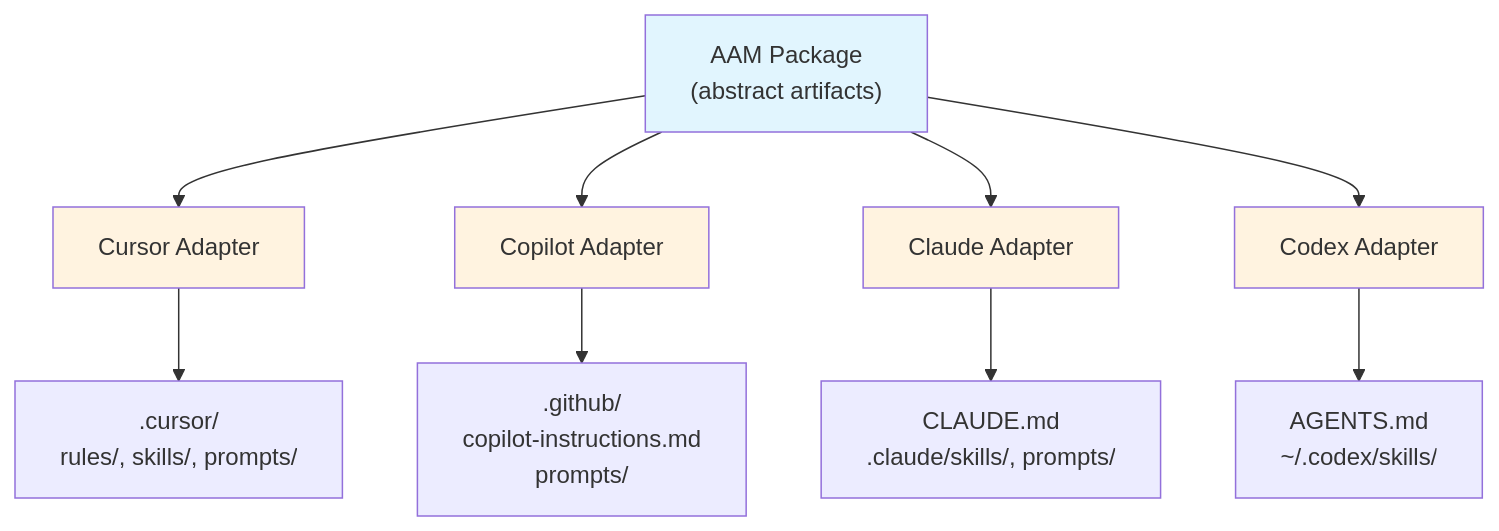
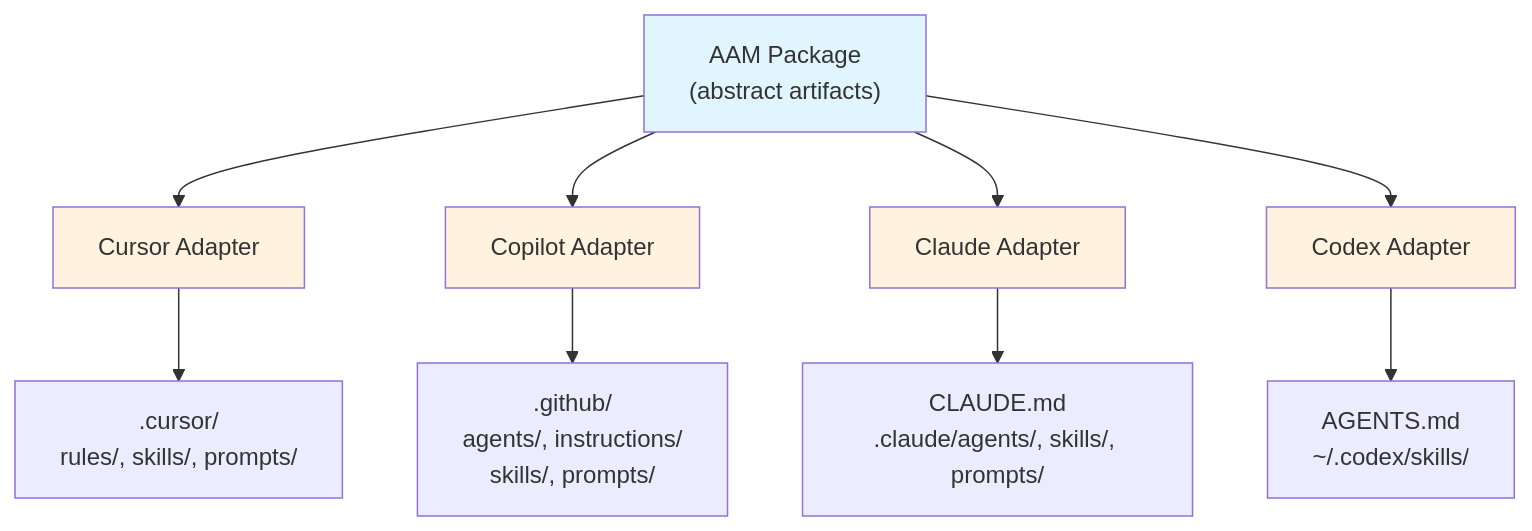
One commit to spazyCZ/agent-package-manager changed the second of 3 diagrams in docs/DESIGN.md. Above: the diagram before and after it, drawn with Mermaid. The commit also changed other lines of this file and 10 other files, not shown here.

````diff
--- a/docs/DESIGN.md
+++ b/docs/DESIGN.md
@@ -2227,20 +2239,20 @@
 ```mermaid
 flowchart TB
     Package["AAM Package<br/>(abstract artifacts)"]
     
     Package --> CursorAdapter["Cursor Adapter"]
     Package --> CopilotAdapter["Copilot Adapter"]
     Package --> ClaudeAdapter["Claude Adapter"]
     Package --> CodexAdapter["Codex Adapter"]
     
     CursorAdapter --> CursorFiles[".cursor/<br/>rules/, skills/, prompts/"]
-    CopilotAdapter --> CopilotFiles[".github/<br/>copilot-instructions.md<br/>prompts/"]
-    ClaudeAdapter --> ClaudeFiles["CLAUDE.md<br/>.claude/skills/, prompts/"]
+    CopilotAdapter --> CopilotFiles[".github/<br/>agents/, instructions/<br/>skills/, prompts/"]
+    ClaudeAdapter --> ClaudeFiles["CLAUDE.md<br/>.claude/agents/, skills/, prompts/"]
     CodexAdapter --> CodexFiles["AGENTS.md<br/>~/.codex/skills/"]
     
     style Package fill:#e1f5fe
     style CursorAdapter fill:#fff3e0
     style CopilotAdapter fill:#fff3e0
     style ClaudeAdapter fill:#fff3e0
     style CodexAdapter fill:#fff3e0
 ```
````
